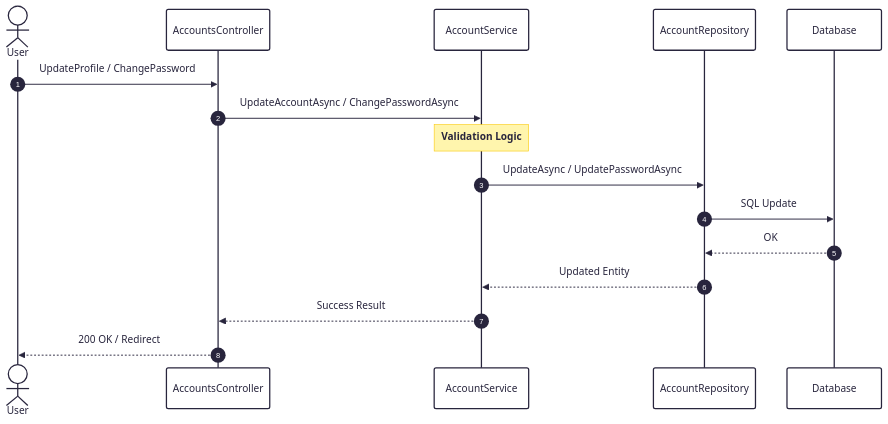
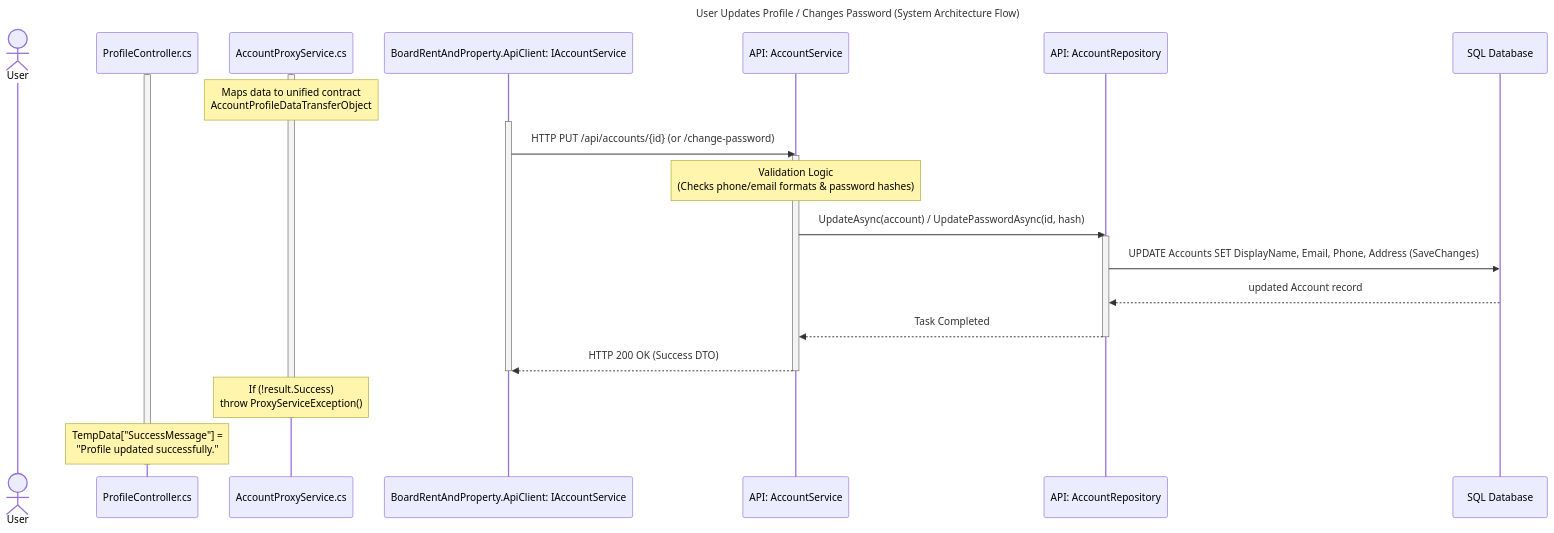
The diagram in diagram/georgiana/Account_update_diagram.mmd (CsokmaiRobert/UBB-SE-2026-922-2), drawn with Mermaid before and after one commit.

Commit message:
Update account update diagram with new flow and details

```diff
--- a/diagram/georgiana/Account_update_diagram.mmd
+++ b/diagram/georgiana/Account_update_diagram.mmd
@@ -1,21 +1,34 @@
 ---
 config:
-  theme: redux
+  theme: mc
+  look: classic
 ---
 sequenceDiagram
-    autonumber
+    title User Updates Profile / Changes Password (System Architecture Flow)
     actor User
-    participant AC as AccountsController
-    participant AS as AccountService
-    participant AR as AccountRepository
-    participant DB as Database
-
-    User->>AC: UpdateProfile / ChangePassword
-    AC->>AS: UpdateAccountAsync / ChangePasswordAsync
-    Note over AS: Validation Logic
-    AS->>AR: UpdateAsync / UpdatePasswordAsync
-    AR->>DB: SQL Update
-    DB-->>AR: OK
-    AR-->>AS: Updated Entity
-    AS-->>AC: Success Result
-    AC-->>User: 200 OK / Redirect
+    participant ProfileController.cs
+    participant AccountProxyService.cs
+    participant IAccountService as BoardRentAndProperty.ApiClient: IAccountService
+    participant AccountService as API: AccountService
+    participant AccountRepository as API: AccountRepository
+    participant SQLDatabase as SQL Database
+    activate ProfileController.cs
+    activate AccountProxyService.cs
+    Note over AccountProxyService.cs: Maps data to unified contract<br/>AccountProfileDataTransferObject
+    activate IAccountService
+    IAccountService->>AccountService: HTTP PUT /api/accounts/{id} (or /change-password)
+    activate AccountService
+    Note over AccountService: Validation Logic<br/>(Checks phone/email formats & password hashes)
+    AccountService->>AccountRepository: UpdateAsync(account) / UpdatePasswordAsync(id, hash)
+    activate AccountRepository
+    AccountRepository->>SQLDatabase: UPDATE Accounts SET DisplayName, Email, Phone, Address (SaveChanges)
+    SQLDatabase-->>AccountRepository: updated Account record
+    AccountRepository-->>AccountService: Task Completed
+    deactivate AccountRepository
+    AccountService-->>IAccountService: HTTP 200 OK (Success DTO)
+    deactivate AccountService
+    deactivate IAccountService
+    Note over AccountProxyService.cs: If (!result.Success)<br/>throw ProxyServiceException()
+    deactivate AccountProxyService.cs
+    Note over ProfileController.cs: TempData["SuccessMessage"] =<br/>"Profile updated successfully."
+    deactivate ProfileController.cs
```
